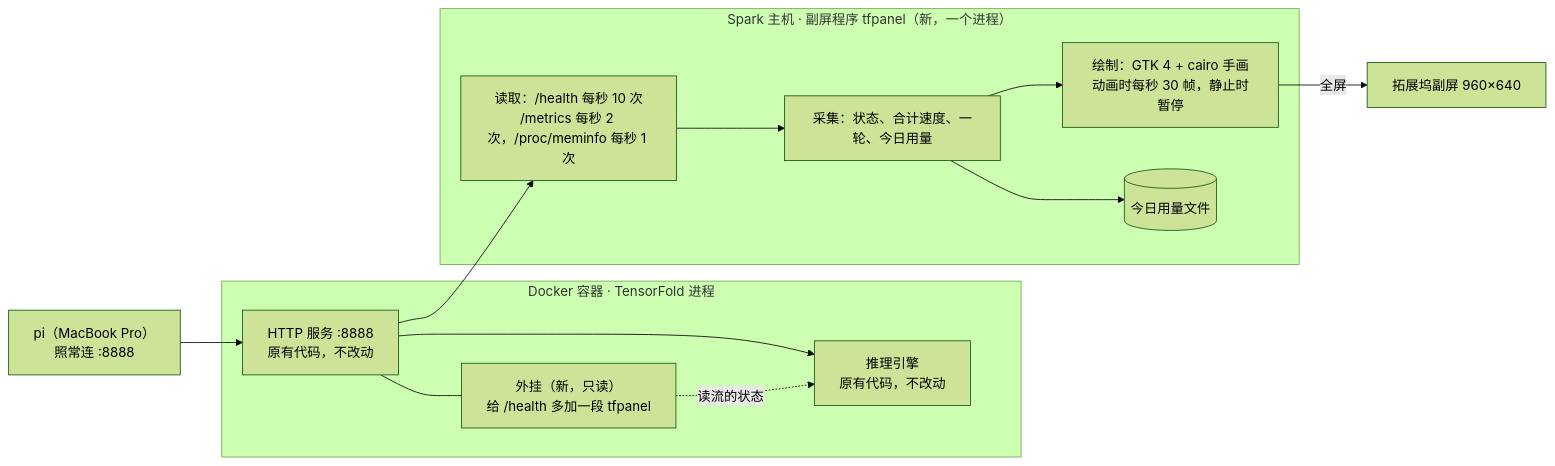
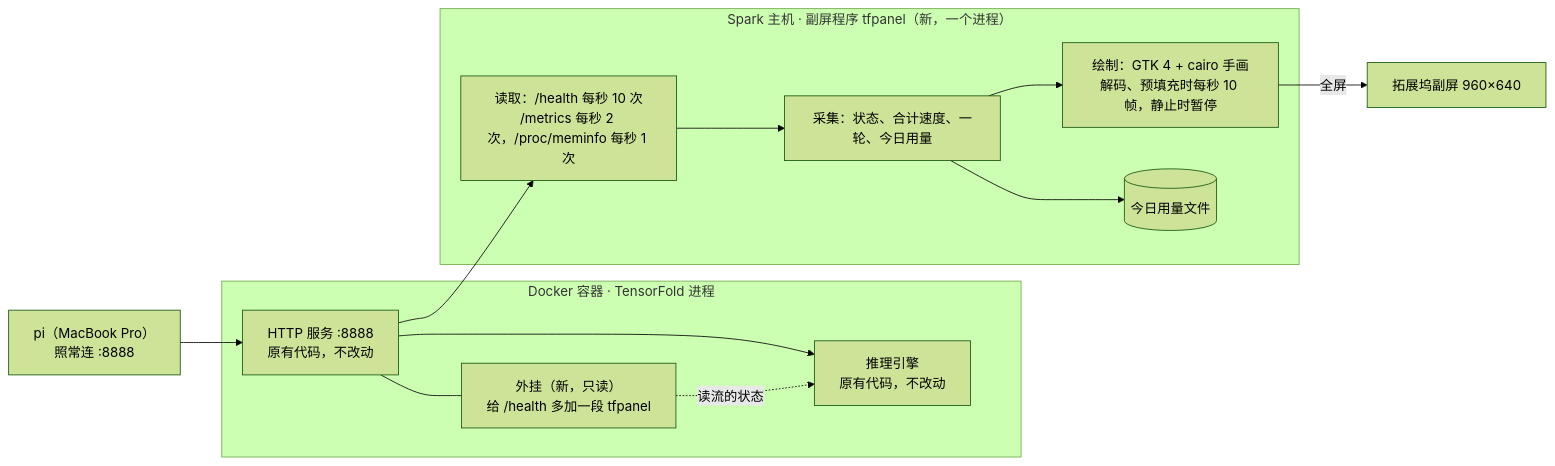
Before and after one commit to lijian1999/tensorfold-panel: the first of 2 diagrams in docs/design.md, drawn with Mermaid (forest theme). The commit also changed other lines of this file and 84 other files, not shown here.

````diff
--- a/docs/design.md
+++ b/docs/design.md
@@ -58,16 +58,16 @@
 ```mermaid
 flowchart LR
   pi["pi（MacBook Pro）<br/>照常连 :8888"] --> http
   subgraph box["Docker 容器 · TensorFold 进程"]
     http["HTTP 服务 :8888<br/>原有代码，不改动"] --> engine["推理引擎<br/>原有代码，不改动"]
     hook["外挂（新，只读）<br/>给 /health 多加一段 tfpanel"] -.读流的状态.-> engine
     http --- hook
   end
   subgraph host["Spark 主机 · 副屏程序 tfpanel（新，一个进程）"]
     src["读取：/health 每秒 10 次<br/>/metrics 每秒 2 次，/proc/meminfo 每秒 1 次"] --> col["采集：状态、合计速度、一轮、今日用量"]
-    col --> draw["绘制：GTK 4 + cairo 手画<br/>动画时每秒 30 帧，静止时暂停"]
+    col --> draw["绘制：GTK 4 + cairo 手画<br/>解码、预填充时每秒 10 帧，静止时暂停"]
     col --> file[("今日用量文件")]
   end
   http --> src
   draw -->|全屏| screen["拓展坞副屏 960×640"]
 ```
````
